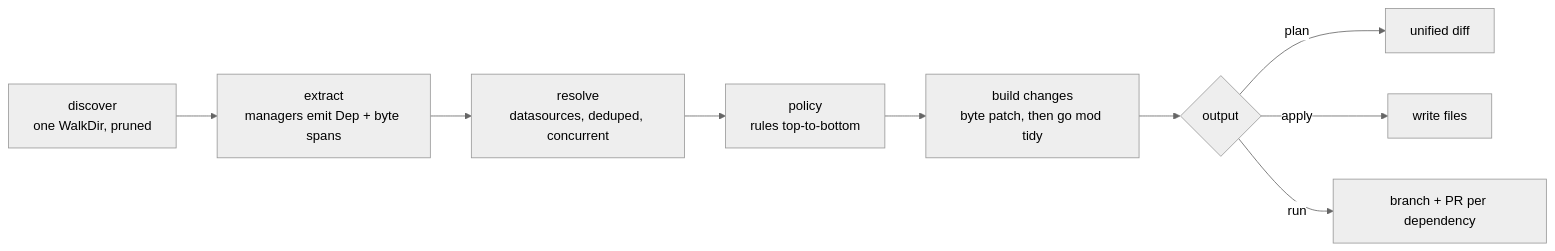
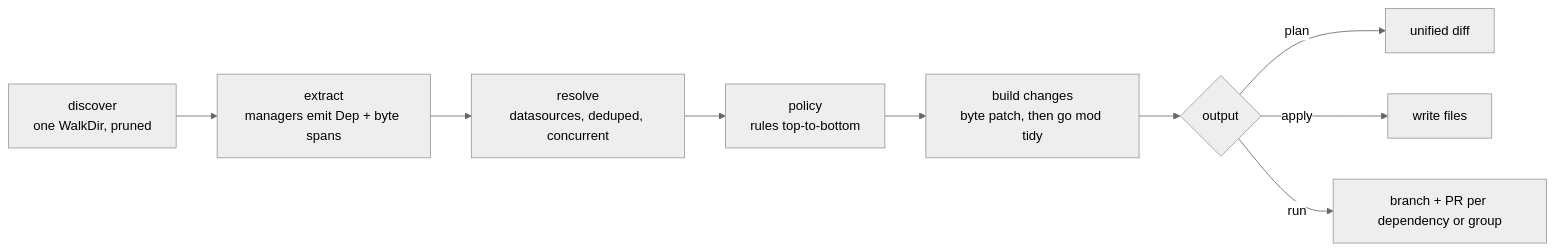
The diagram in docs/design.md (jakobmoellerdev/deps), drawn with Mermaid (neutral theme) before and after one commit. The commit also changed other lines of this file and 39 other files, not shown here.

Commit message:
Add docker, custom (annotations/regex, GitHub releases), groups and schedules, go/toolchain directives, OSV security updates, explain and schema

````diff
--- a/docs/design.md
+++ b/docs/design.md
@@ -15,11 +15,11 @@
 ```mermaid
 flowchart LR
     D[discover<br/>one WalkDir, pruned] --> E[extract<br/>managers emit Dep + byte spans]
     E --> R[resolve<br/>datasources, deduped, concurrent]
     R --> P[policy<br/>rules top-to-bottom]
     P --> B[build changes<br/>byte patch, then go mod tidy]
     B --> O{output}
     O -->|plan| O1[unified diff]
     O -->|apply| O2[write files]
-    O -->|run| O3[branch + PR per dependency]
+    O -->|run| O3[branch + PR per dependency or group]
 ```
````
